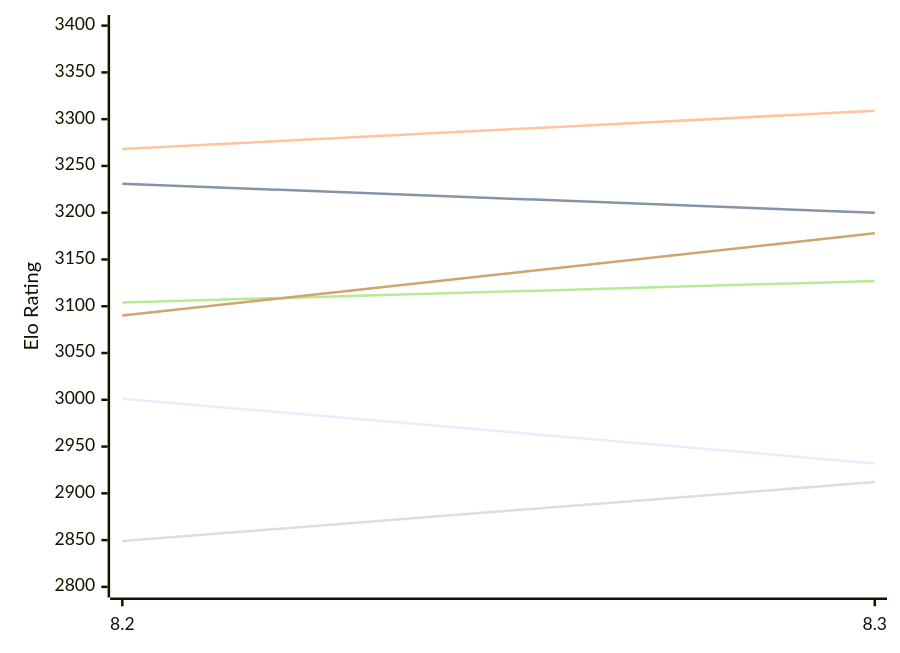
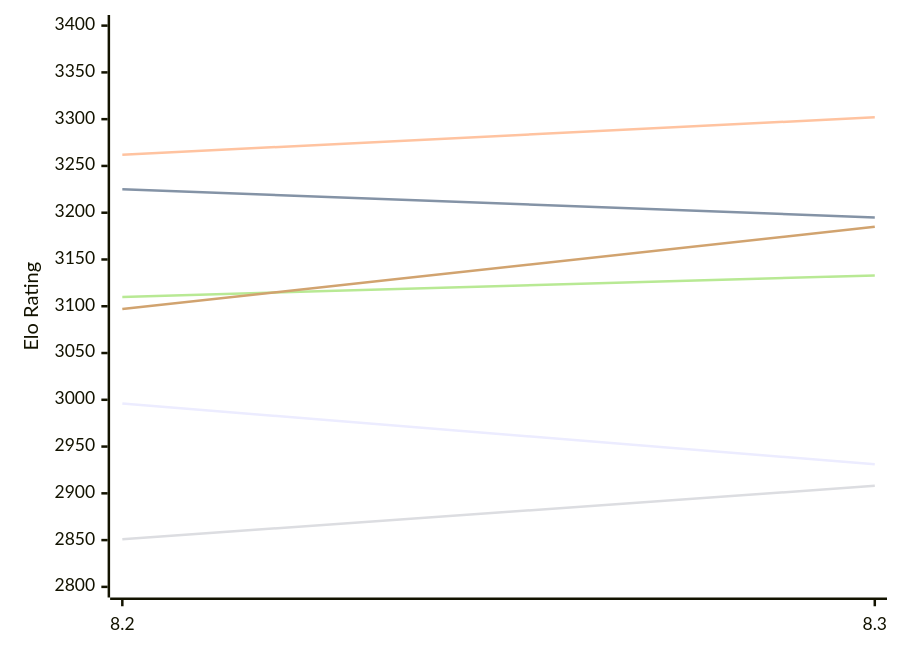
Before and after one commit to computer-chess-index/cci: the first of 2 diagrams in engines/Alexander.md, drawn with Mermaid. The commit also changed other lines of this file, not shown here.

Commit message:
Update CCI Ratings (ELO VLTC) - 2026-11-18

````diff
--- a/engines/Alexander.md
+++ b/engines/Alexander.md
@@ -52,12 +52,12 @@
 ```mermaid
 %%{init: {"theme":"base","themeVariables":{"seriesColors:['#a3a3a3','#222221','#faa371']}}}%%
 xychart-beta
   x-axis ["8.2", "8.3"]
   y-axis "Elo Rating" 2800 --> 3400
-  line "E1: STC (8.0+0.08s)" [3001, 2932]
-  line "E1: LTC (60.0+0.60s)" [3231, 3200]
-  line "E1: VLTC (2m24s+1.12s)" [3268, 3309]
-  line "P1: STC (8.0+0.08s)" [2849, 2912]
-  line "P1: LTC (60.0+0.60s)" [3104, 3127]
-  line "P1: VLTC (2m24s+1.12s)" [3090, 3178]
+  line "E1: STC (8.0+0.08s)" [2996, 2931]
+  line "E1: LTC (60.0+0.60s)" [3225, 3195]
+  line "E1: VLTC (2m24s+1.12s)" [3262, 3302]
+  line "P1: STC (8.0+0.08s)" [2851, 2908]
+  line "P1: LTC (60.0+0.60s)" [3110, 3133]
+  line "P1: VLTC (2m24s+1.12s)" [3097, 3185]
 ```
````
